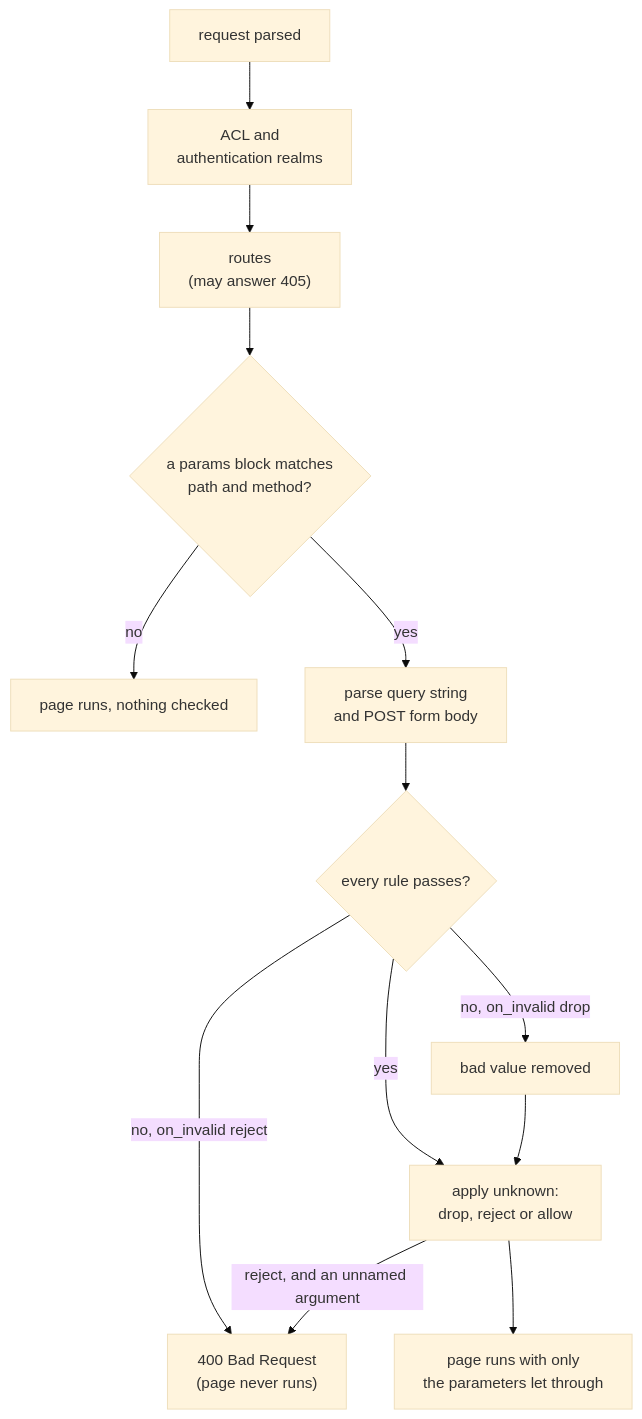
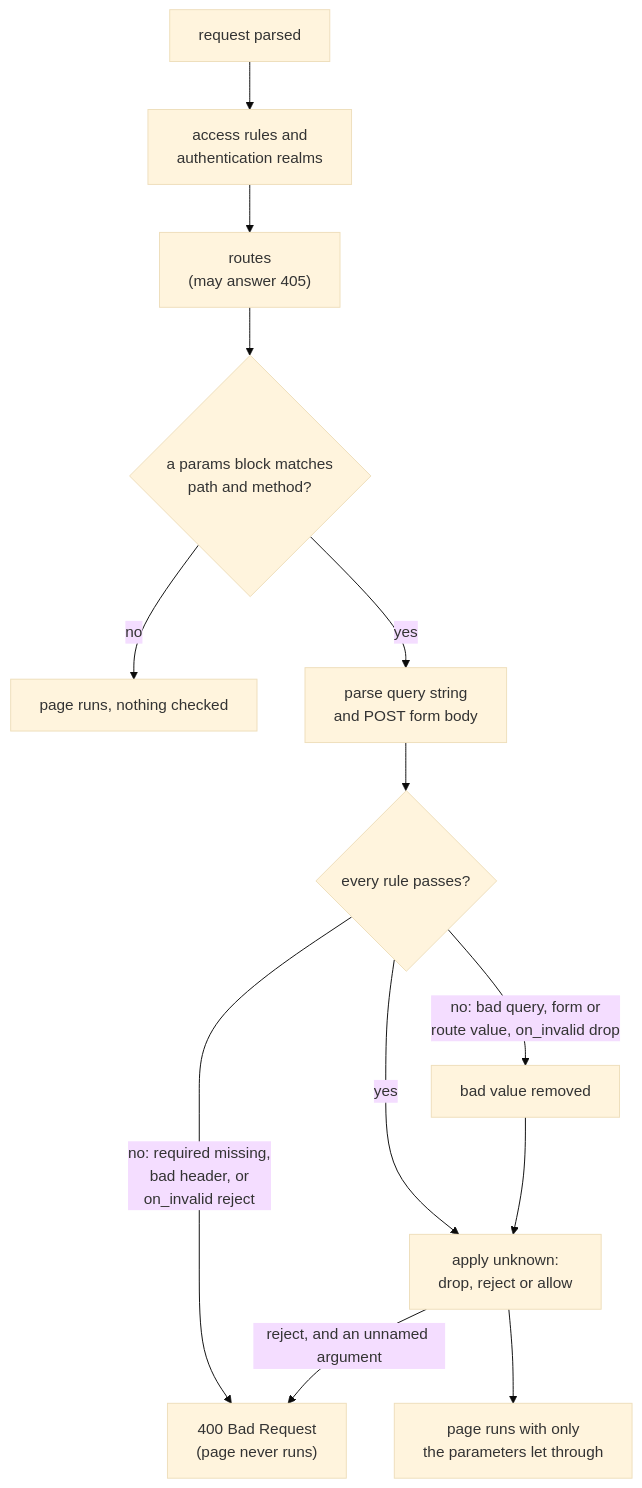
The diagram in doc/VALIDATE.md (DanielTillett/klin), drawn with Mermaid (base theme) before and after one commit. The commit also changed other lines of this file and 25 other files, not shown here.

````diff
--- a/doc/VALIDATE.md
+++ b/doc/VALIDATE.md
@@ -86,15 +86,15 @@
 ```mermaid
 flowchart TD
-    A["request parsed"] --> B["ACL and<br/>authentication realms"]
+    A["request parsed"] --> B["access rules and<br/>authentication realms"]
     B --> C["routes<br/>(may answer 405)"]
     C --> D{"a params block matches<br/>path and method?"}
     D -- no --> P["page runs, nothing checked"]
     D -- yes --> E["parse query string<br/>and POST form body"]
     E --> F{"every rule passes?"}
-    F -- "no, on_invalid reject" --> X["400 Bad Request<br/>(page never runs)"]
-    F -- "no, on_invalid drop" --> G["bad value removed"]
+    F -- "no: required missing,<br/>bad header, or<br/>on_invalid reject" --> X["400 Bad Request<br/>(page never runs)"]
+    F -- "no: bad query, form or<br/>route value, on_invalid drop" --> G["bad value removed"]
     F -- yes --> H["apply unknown:<br/>drop, reject or allow"]
     G --> H
     H -- "reject, and an unnamed argument" --> X
     H --> Q["page runs with only<br/>the parameters let through"]
 ```
````
